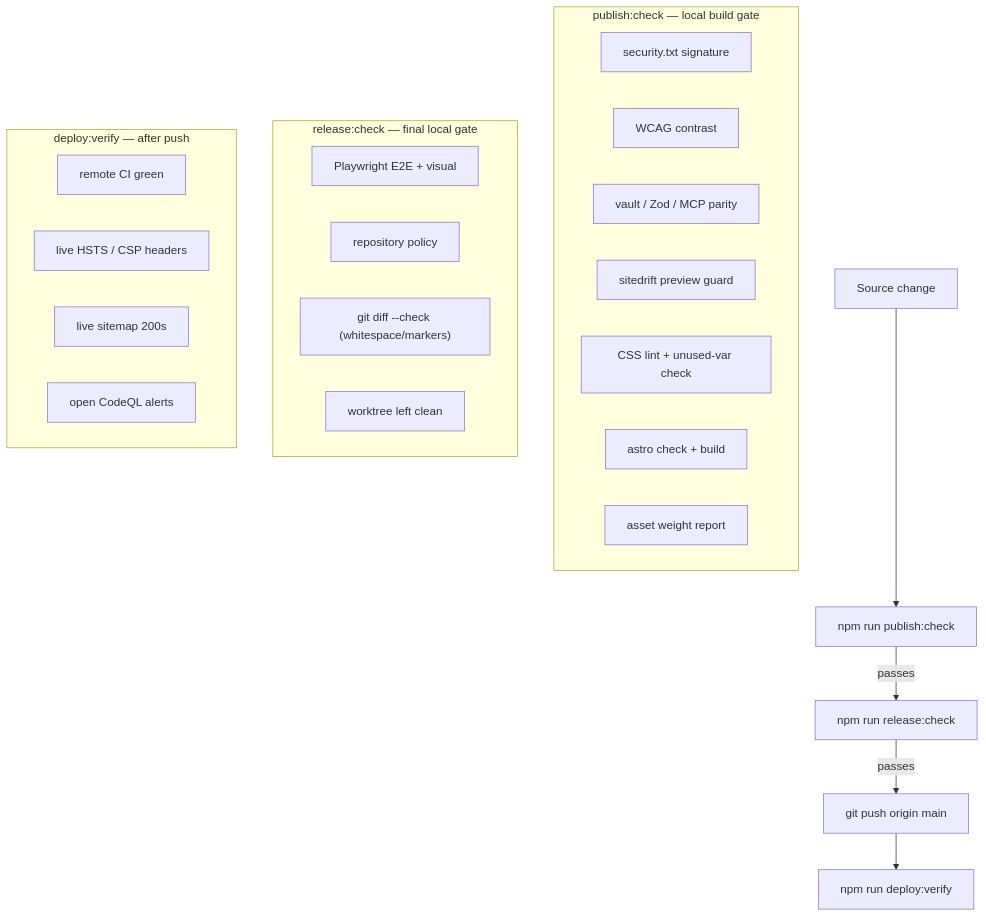
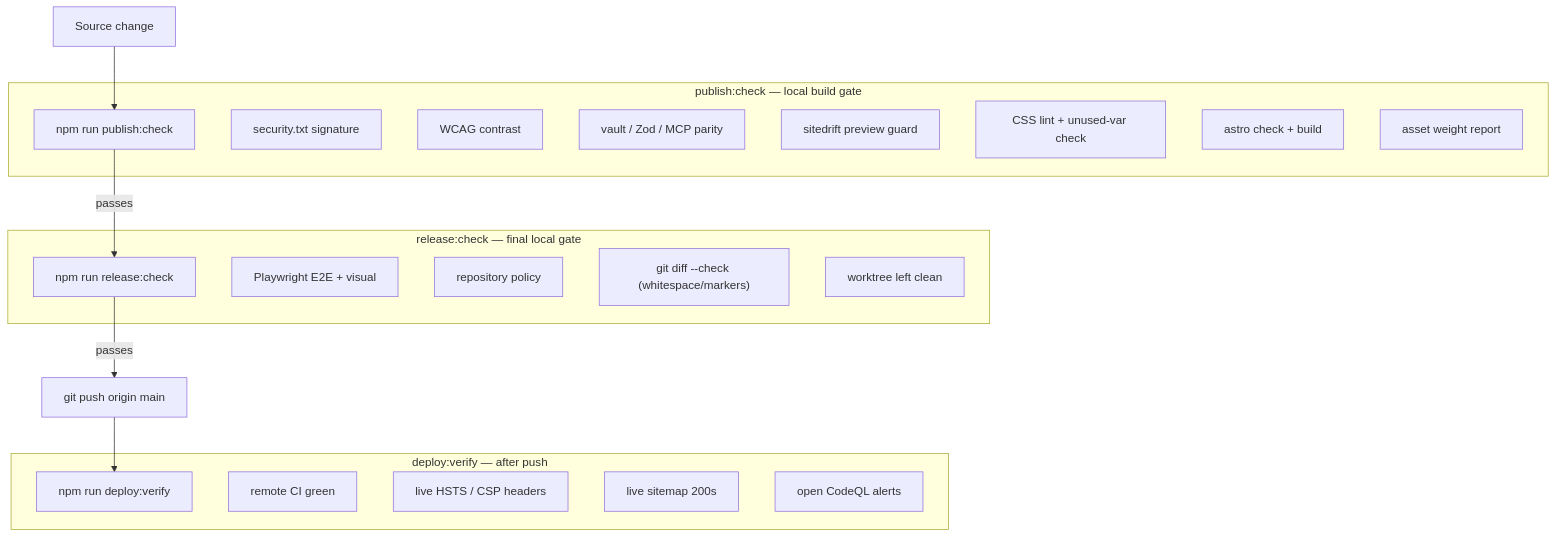
One commit to joeseverino/jseverino.com changed the diagram in tests/ARCHITECTURE.md. Above: the diagram before and after it, drawn with Mermaid. The commit also changed 6 other files, not shown here.

First line of the commit message:
doc: restore stable graph syntax and remove HTML tags from Mermaid

````diff
--- a/tests/ARCHITECTURE.md
+++ b/tests/ARCHITECTURE.md
@@ -28,31 +28,34 @@
 ```mermaid
-flowchart TD
-    A["Source change  "] --> B["npm run publish:check  "]
-    B -->|passes| C["npm run release:check  "]
+graph TD
+    A["Source change  "] --> B
+    B -->|passes| C
     C -->|passes| D["git push origin main  "]
-    D --> E["npm run deploy:verify  "]
+    D --> E
 
     subgraph publish ["publish:check — local build gate  "]
+        B["npm run publish:check  "]
         B1["security.txt signature  "]
         B2["WCAG contrast  "]
         B3["vault / Zod / MCP parity  "]
         B4["sitedrift preview guard  "]
         B5["CSS lint + unused-var check  "]
         B6["astro check + build  "]
         B7["asset weight report  "]
     end
 
     subgraph release ["release:check — final local gate  "]
+        C["npm run release:check  "]
         C1["Playwright E2E + visual  "]
         C2["repository policy  "]
         C3["git diff --check (whitespace/markers)  "]
         C4["worktree left clean  "]
     end
 
     subgraph deploy ["deploy:verify — after push  "]
+        E["npm run deploy:verify  "]
         E1["remote CI green  "]
         E2["live HSTS / CSP headers  "]
         E3["live sitemap 200s  "]
         E4["open CodeQL alerts  "]
     end
 ```
````
